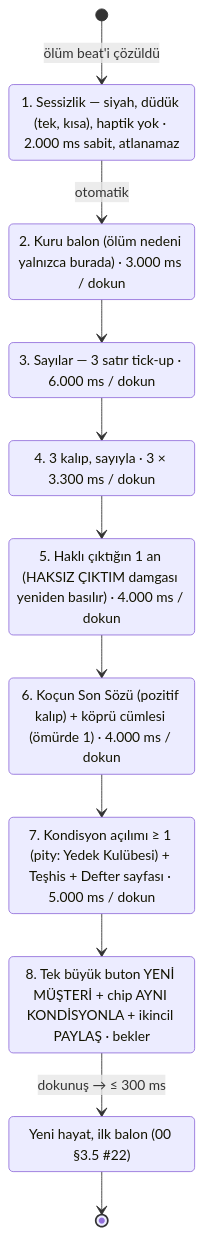
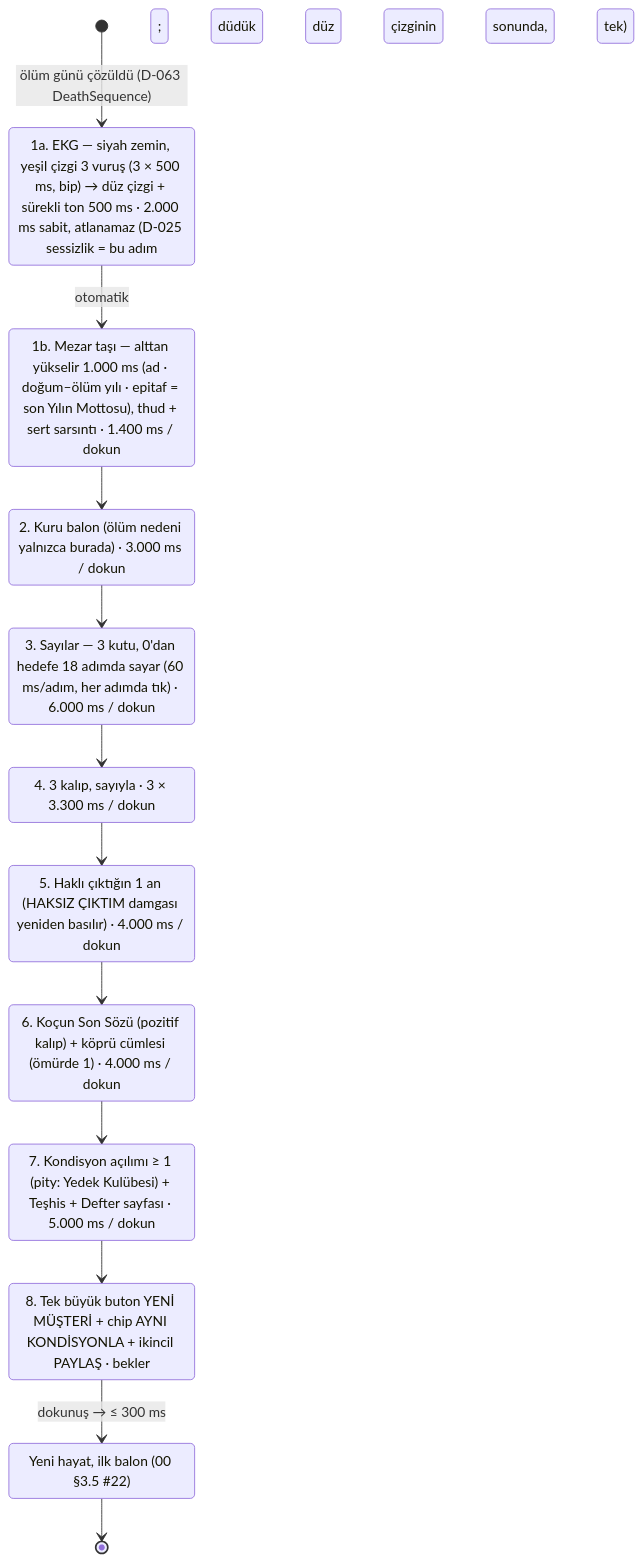
One commit to ihsanyigitbasi92/test-repo changed the second of 3 diagrams in docs/design/07-ux-ui-ekranlar-ftue-juice.md. Above: the diagram before and after it, drawn with Mermaid. The commit also changed other lines of this file and 7 other files, not shown here.

````diff
--- a/docs/design/07-ux-ui-ekranlar-ftue-juice.md
+++ b/docs/design/07-ux-ui-ekranlar-ftue-juice.md
@@ -375,22 +439,24 @@
 ```mermaid
 stateDiagram-v2
-    [*] --> Silence: ölüm beat'i çözüldü
-    Silence: 1. Sessizlik — siyah, düdük (tek, kısa), haptik yok · 2.000 ms sabit, atlanamaz
-    Silence --> Dry: otomatik
+    [*] --> EKG: ölüm günü çözüldü (D-063 DeathSequence)
+    EKG: 1a. EKG — siyah zemin, yeşil çizgi 3 vuruş (3 × 500 ms, bip) → düz çizgi + sürekli ton 500 ms · 2.000 ms sabit, atlanamaz (D-025 sessizlik = bu adım; düdük düz çizginin sonunda, tek)
+    EKG --> Grave: otomatik
+    Grave: 1b. Mezar taşı — alttan yükselir 1.000 ms (ad · doğum–ölüm yılı · epitaf = son Yılın Mottosu), thud + sert sarsıntı · 1.400 ms / dokun
+    Grave --> Dry
     Dry: 2. Kuru balon (ölüm nedeni yalnızca burada) · 3.000 ms / dokun
     Dry --> Numbers
-    Numbers: 3. Sayılar — 3 satır tick-up · 6.000 ms / dokun
+    Numbers: 3. Sayılar — 3 kutu, 0'dan hedefe 18 adımda sayar (60 ms/adım, her adımda tık) · 6.000 ms / dokun
     Numbers --> Patterns
     Patterns: 4. 3 kalıp, sayıyla · 3 × 3.300 ms / dokun
     Patterns --> Moment
     Moment: 5. Haklı çıktığın 1 an (HAKSIZ ÇIKTIM damgası yeniden basılır) · 4.000 ms / dokun
     Moment --> LastWord
     LastWord: 6. Koçun Son Sözü (pozitif kalıp) + köprü cümlesi (ömürde 1) · 4.000 ms / dokun
     LastWord --> Perk
     Perk: 7. Kondisyon açılımı ≥ 1 (pity: Yedek Kulübesi) + Teşhis + Defter sayfası · 5.000 ms / dokun
     Perk --> NewClient
     NewClient: 8. Tek büyük buton YENİ MÜŞTERİ + chip AYNI KONDİSYONLA + ikincil PAYLAŞ · bekler
     NewClient --> FirstLine: dokunuş → ≤ 300 ms
     FirstLine: Yeni hayat, ilk balon (00 §3.5 #22)
     FirstLine --> [*]
 ```
````
